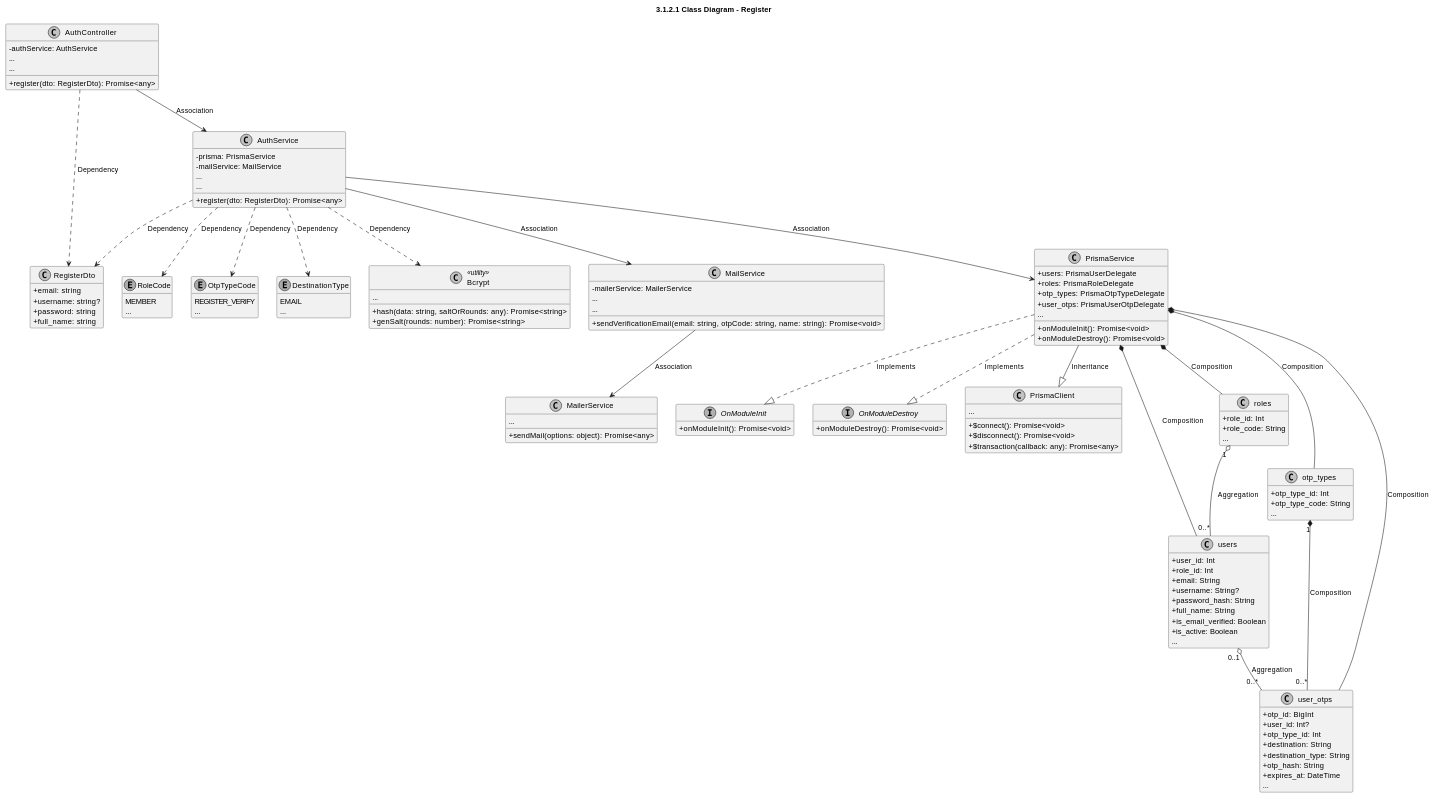
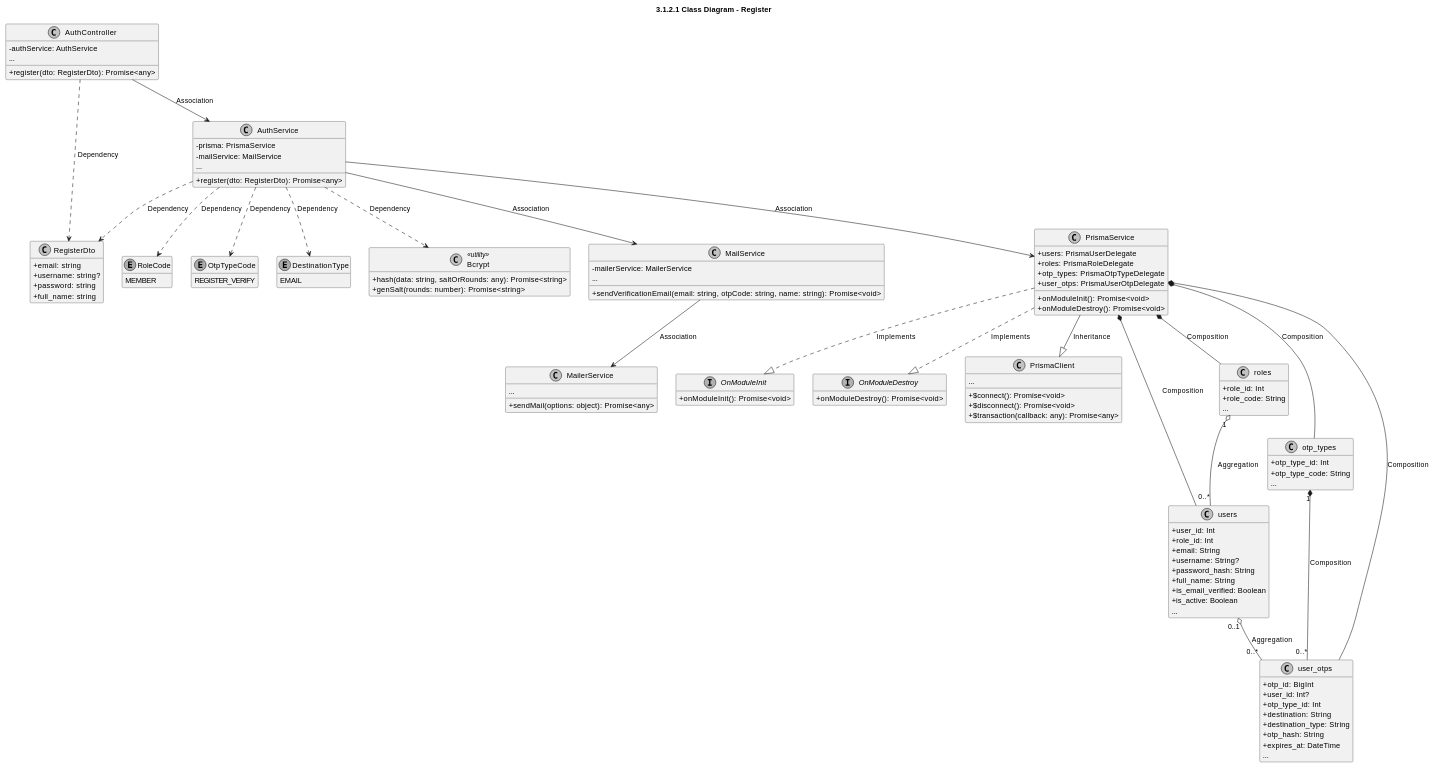
Before and after one commit to CuongBC195/class-diagram-donation-blood: the second of 8 diagrams in modules_plantuml/01_auth.md, drawn with PlantUML. The commit also changed other lines of this file and 41 other files, not shown here.

Commit message:
fix(diagrams): remove duplicate ellipses and resolve swimlane text collisions for enums and utilities

```diff
--- a/modules_plantuml/01_auth.md
+++ b/modules_plantuml/01_auth.md
@@ -249,7 +249,6 @@
 
 class AuthController {
   -authService: AuthService
-  ...
   +register(dto: RegisterDto): Promise<any>
   ...
 }
@@ -263,23 +262,19 @@
 
 enum RoleCode {
   MEMBER
-  ...
 }
 
 enum OtpTypeCode {
   REGISTER_VERIFY
-  ...
 }
 
 enum DestinationType {
   EMAIL
-  ...
 }
 
 class AuthService {
   -prisma: PrismaService
   -mailService: MailService
-  ...
   +register(dto: RegisterDto): Promise<any>
   ...
 }
@@ -287,12 +282,10 @@
 class Bcrypt <<utility>> {
   +hash(data: string, saltOrRounds: any): Promise<string>
   +genSalt(rounds: number): Promise<string>
-  ...
 }
 
 class MailService {
   -mailerService: MailerService
-  ...
   +sendVerificationEmail(email: string, otpCode: string, name: string): Promise<void>
   ...
 }
@@ -322,7 +315,6 @@
   +roles: PrismaRoleDelegate
   +otp_types: PrismaOtpTypeDelegate
   +user_otps: PrismaUserOtpDelegate
-  ...
   +onModuleInit(): Promise<void>
   +onModuleDestroy(): Promise<void>
 }
```
